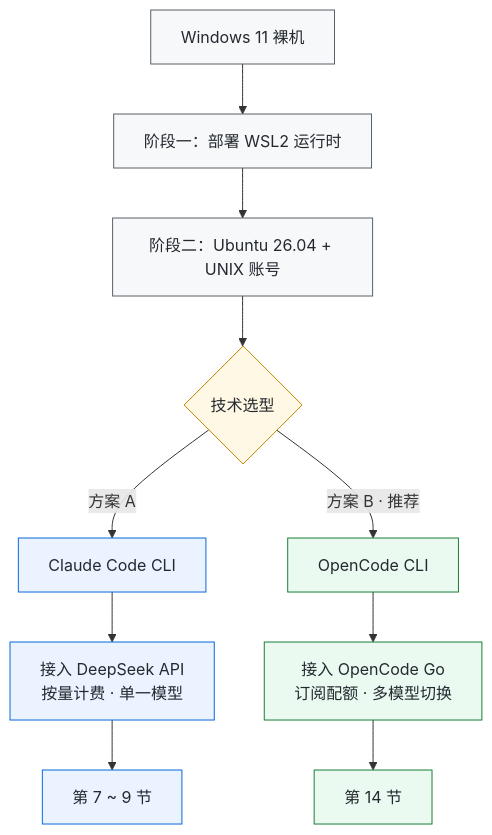
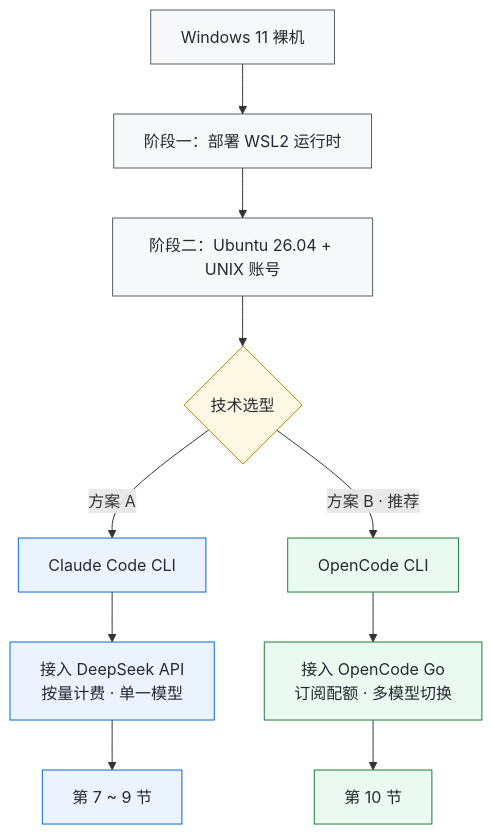
The diagram in README.md (QianRongAn/wsl2-ubuntu-ai-coding-setup), drawn with Mermaid before and after one commit. The commit also changed other lines of this file, not shown here.

````diff
--- a/README.md
+++ b/README.md
@@ -67,25 +67,25 @@
 ```mermaid
 flowchart TD
     START["Windows 11 裸机"] --> WSL["阶段一：部署 WSL2 运行时"]
     WSL --> UB["阶段二：Ubuntu 26.04 + UNIX 账号"]
     UB --> SEL{"技术选型"}
 
     SEL -->|"方案 A"| A1["Claude Code CLI"]
     SEL -->|"方案 B · 推荐"| B1["OpenCode CLI"]
 
     A1 --> A2["接入 DeepSeek API<br/>按量计费 · 单一模型"]
     B1 --> B2["接入 OpenCode Go<br/>订阅配额 · 多模型切换"]
 
     A2 --> A3["第 7 ~ 9 节"]
-    B2 --> B3["第 14 节"]
+    B2 --> B3["第 10 节"]
 
     classDef base fill:#f6f8fa,stroke:#57606a,color:#24292f
     classDef pick fill:#fff8e5,stroke:#bf8700,color:#24292f
     classDef a fill:#eaf3ff,stroke:#0969da,color:#24292f
     classDef b fill:#eafaf1,stroke:#1a7f37,color:#24292f
 
     class START,WSL,UB base
     class SEL pick
     class A1,A2,A3 a
     class B1,B2,B3 b
 ```
````
